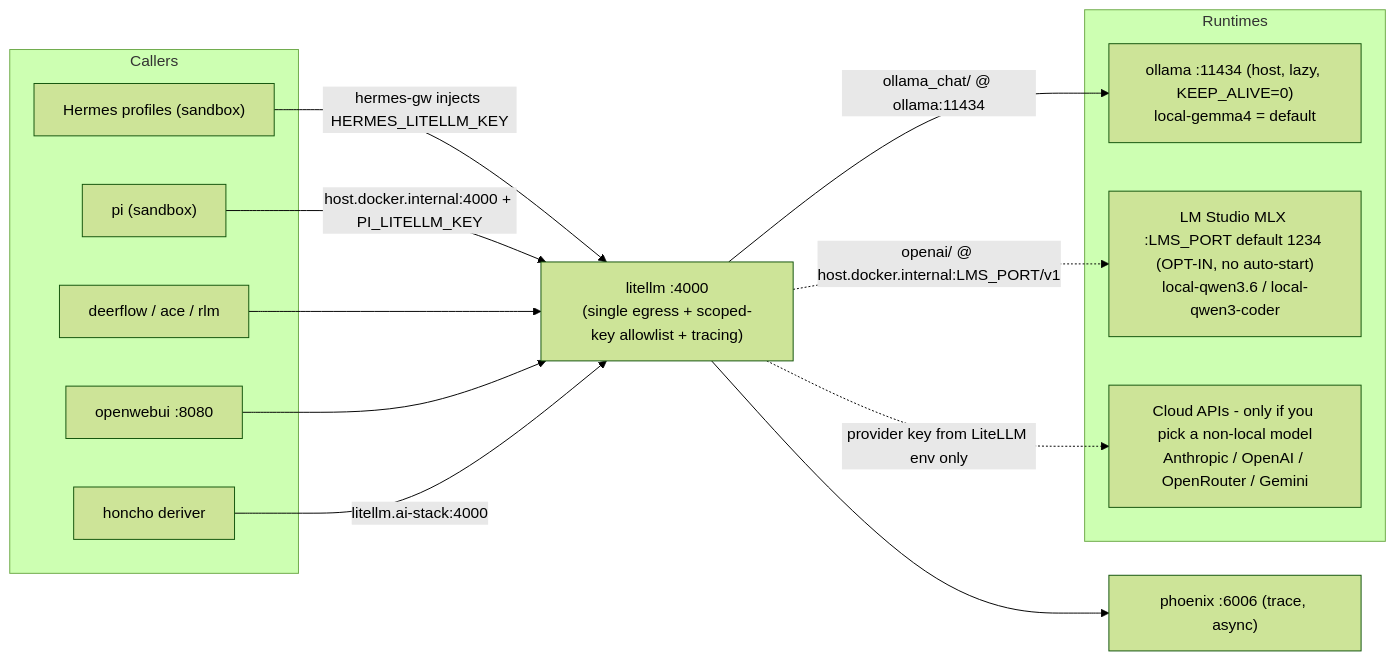
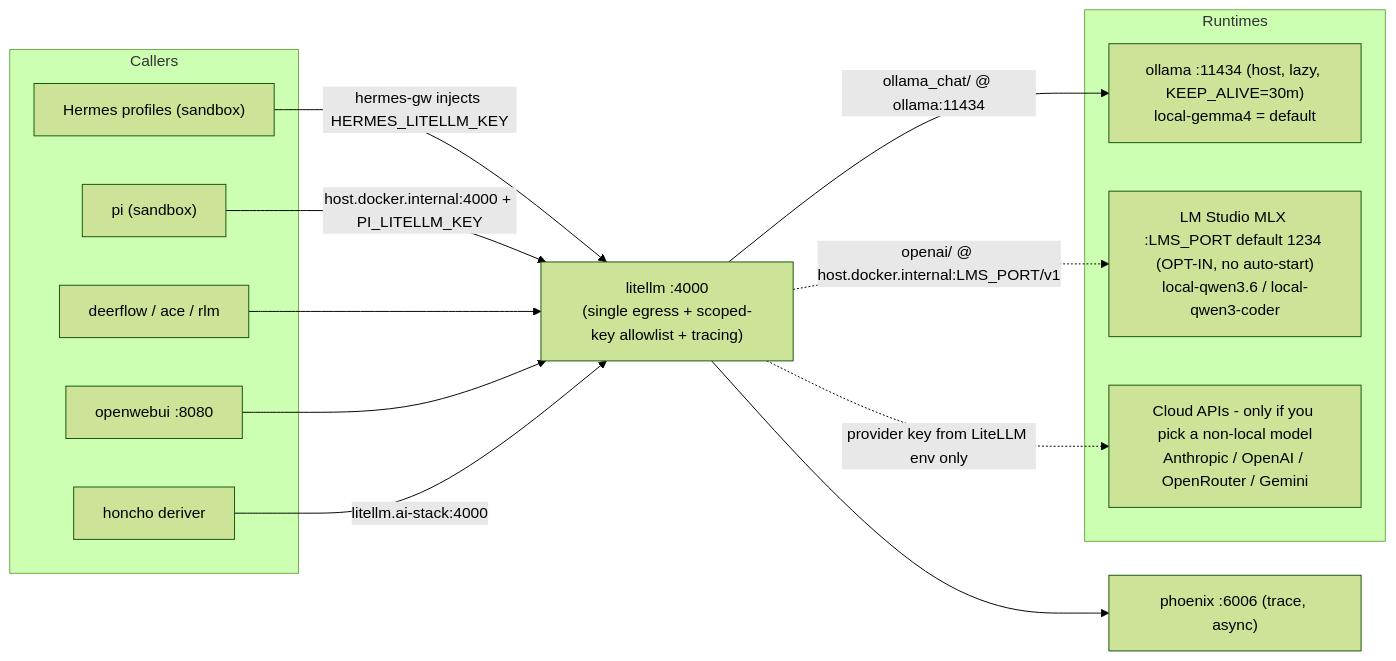
Before and after one commit to mayssamj/versatile-ai-stack: the seventh of 21 diagrams in doc/DIAGRAMS.md, drawn with Mermaid (forest theme). The commit also changed 15 other files, not shown here.

````diff
--- a/doc/DIAGRAMS.md
+++ b/doc/DIAGRAMS.md
@@ -445,30 +445,30 @@
 ```mermaid
 flowchart LR
   subgraph Callers[Callers]
     HF["Hermes profiles (sandbox)"]
     PI["pi (sandbox)"]
     DF["deerflow / ace / rlm"]
     OWU["openwebui :8080"]
     HO["honcho deriver"]
   end
 
   HUB["litellm :4000<br/>(single egress + scoped-key allowlist + tracing)"]
 
   HF -- "hermes-gw injects HERMES_LITELLM_KEY" --> HUB
   PI -- "host.docker.internal:4000 + PI_LITELLM_KEY" --> HUB
   DF --> HUB
   OWU --> HUB
   HO -- "litellm.ai-stack:4000" --> HUB
 
   subgraph Runtimes[Runtimes]
-    OL["ollama :11434 (host, lazy, KEEP_ALIVE=0)<br/>local-gemma4 = default"]
+    OL["ollama :11434 (host, lazy, KEEP_ALIVE=30m)<br/>local-gemma4 = default"]
     LMS["LM Studio MLX :LMS_PORT default 1234 (OPT-IN, no auto-start)<br/>local-qwen3.6 / local-qwen3-coder"]
     CLOUD["Cloud APIs - only if you pick a non-local model<br/>Anthropic / OpenAI / OpenRouter / Gemini"]
   end
 
   HUB -- "ollama_chat/<served> @ ollama:11434" --> OL
   HUB -. "openai/<served> @ host.docker.internal:LMS_PORT/v1" .-> LMS
   HUB -. "provider key from LiteLLM env only" .-> CLOUD
 
   HUB --> PX["phoenix :6006 (trace, async)"]
 ```
````
